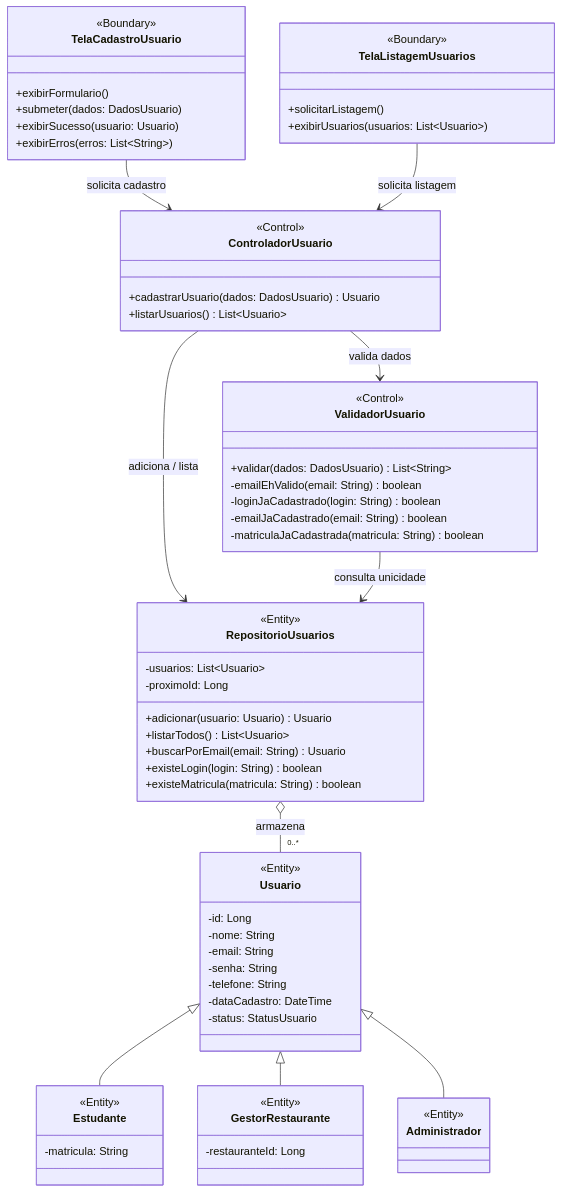
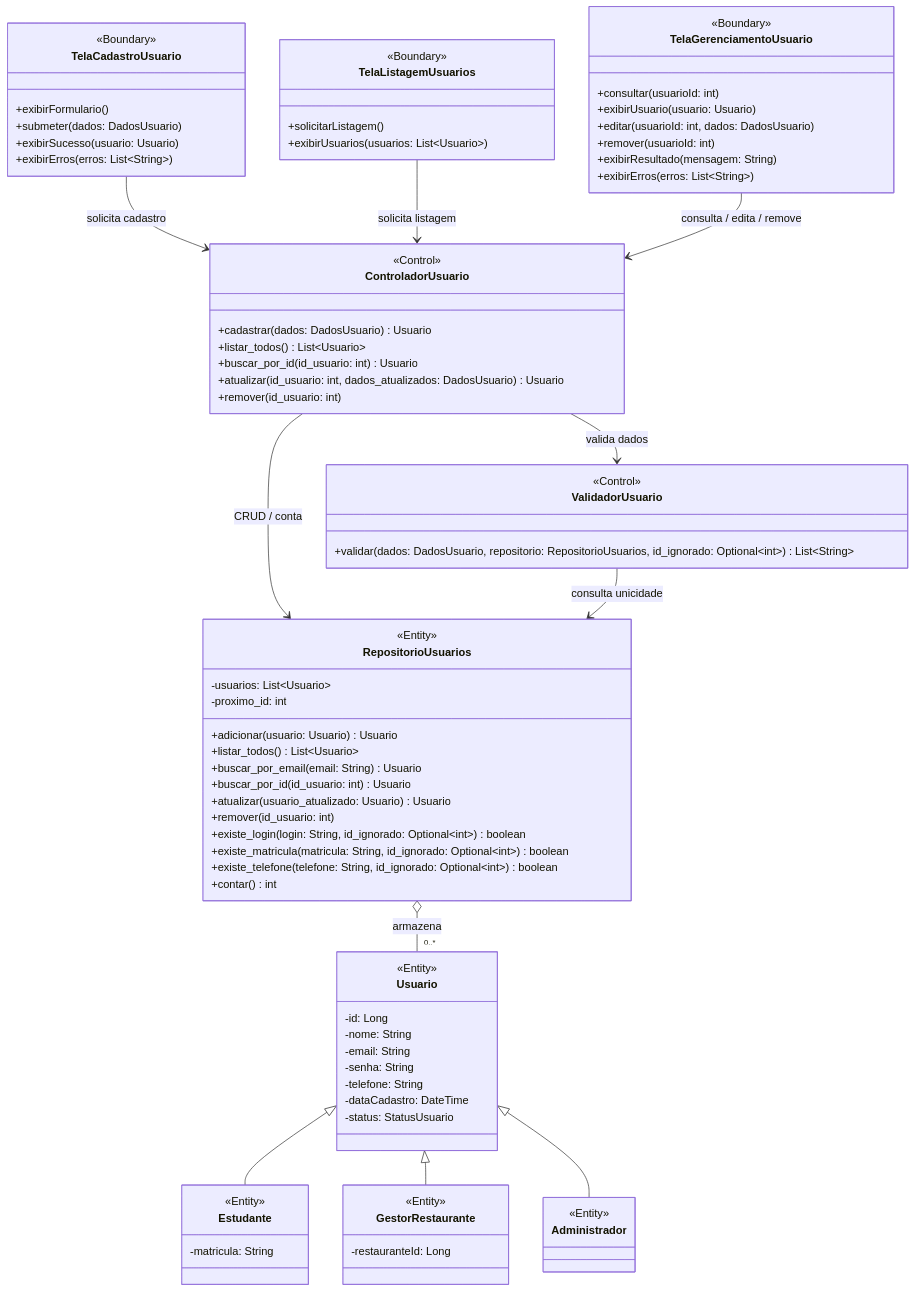
One commit to henriquesantos007/Sistema-de-Agendamento-de-Almoco changed the first of 6 diagrams in docs/05-analise.md. Above: the diagram before and after it, drawn with Mermaid. The commit also changed other lines of this file and 3 other files, not shown here.

Commit message:
docs(arquitetura): alinhar diagramas ao CRUD de usuários

```diff
--- a/docs/05-analise.md
+++ b/docs/05-analise.md
@@ -35,30 +42,44 @@
         +exibirUsuarios(usuarios: List~Usuario~)
     }
 
+    class TelaGerenciamentoUsuario {
+        <<Boundary>>
+        +consultar(usuarioId: int)
+        +exibirUsuario(usuario: Usuario)
+        +editar(usuarioId: int, dados: DadosUsuario)
+        +remover(usuarioId: int)
+        +exibirResultado(mensagem: String)
+        +exibirErros(erros: List~String~)
+    }
+
     class ControladorUsuario {
         <<Control>>
-        +cadastrarUsuario(dados: DadosUsuario) Usuario
-        +listarUsuarios() List~Usuario~
+        +cadastrar(dados: DadosUsuario) Usuario
+        +listar_todos() List~Usuario~
+        +buscar_por_id(id_usuario: int) Usuario
+        +atualizar(id_usuario: int, dados_atualizados: DadosUsuario) Usuario
+        +remover(id_usuario: int)
     }
 
     class ValidadorUsuario {
         <<Control>>
-        +validar(dados: DadosUsuario) List~String~
-        -emailEhValido(email: String) boolean
-        -loginJaCadastrado(login: String) boolean
-        -emailJaCadastrado(email: String) boolean
-        -matriculaJaCadastrada(matricula: String) boolean
+        +validar(dados: DadosUsuario, repositorio: RepositorioUsuarios, id_ignorado: Optional~int~) List~String~
     }
 
     class RepositorioUsuarios {
         <<Entity>>
         -usuarios: List~Usuario~
-        -proximoId: Long
+        -proximo_id: int
         +adicionar(usuario: Usuario) Usuario
-        +listarTodos() List~Usuario~
-        +buscarPorEmail(email: String) Usuario
-        +existeLogin(login: String) boolean
-        +existeMatricula(matricula: String) boolean
+        +listar_todos() List~Usuario~
+        +buscar_por_email(email: String) Usuario
+        +buscar_por_id(id_usuario: int) Usuario
+        +atualizar(usuario_atualizado: Usuario) Usuario
+        +remover(id_usuario: int)
+        +existe_login(login: String, id_ignorado: Optional~int~) boolean
+        +existe_matricula(matricula: String, id_ignorado: Optional~int~) boolean
+        +existe_telefone(telefone: String, id_ignorado: Optional~int~) boolean
+        +contar() int
     }
 
     class Usuario {
@@ -88,8 +109,9 @@
 
     TelaCadastroUsuario --> ControladorUsuario : solicita cadastro
     TelaListagemUsuarios --> ControladorUsuario : solicita listagem
+    TelaGerenciamentoUsuario --> ControladorUsuario : consulta / edita / remove
     ControladorUsuario --> ValidadorUsuario : valida dados
-    ControladorUsuario --> RepositorioUsuarios : adiciona / lista
+    ControladorUsuario --> RepositorioUsuarios : CRUD / conta
     ValidadorUsuario --> RepositorioUsuarios : consulta unicidade
     RepositorioUsuarios o-- "0..*" Usuario : armazena
     Usuario <|-- Estudante
```
